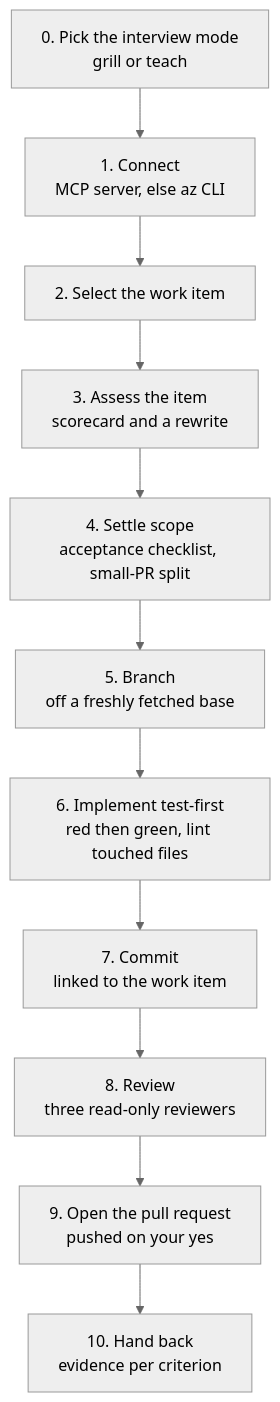
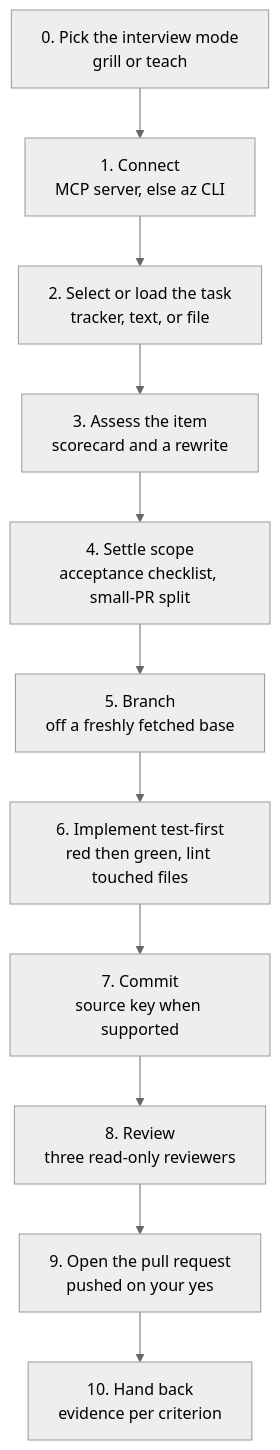
The first of 6 diagrams in docs/workflows.md (aiagentkit-labs/agentic-dev-kit), drawn with Mermaid (neutral theme) before and after one commit. The commit also changed other lines of this file and 22 other files, not shown here.

First line of the commit message:
feat(implement): support tracker, text, and file tasks

````diff
--- a/docs/workflows.md
+++ b/docs/workflows.md
@@ -7,13 +7,13 @@
 ```mermaid
 flowchart TD
   M[0. Pick the interview mode<br/>grill or teach] --> C[1. Connect<br/>MCP server, else az CLI]
-  C --> S[2. Select the work item]
+  C --> S[2. Select or load the task<br/>tracker, text, or file]
   S --> A[3. Assess the item<br/>scorecard and a rewrite]
   A --> SC[4. Settle scope<br/>acceptance checklist, small-PR split]
   SC --> B[5. Branch<br/>off a freshly fetched base]
   B --> I[6. Implement test-first<br/>red then green, lint touched files]
-  I --> CM[7. Commit<br/>linked to the work item]
+  I --> CM[7. Commit<br/>source key when supported]
   CM --> R[8. Review<br/>three read-only reviewers]
   R --> P[9. Open the pull request<br/>pushed on your yes]
   P --> H[10. Hand back<br/>evidence per criterion]
 ```
````
